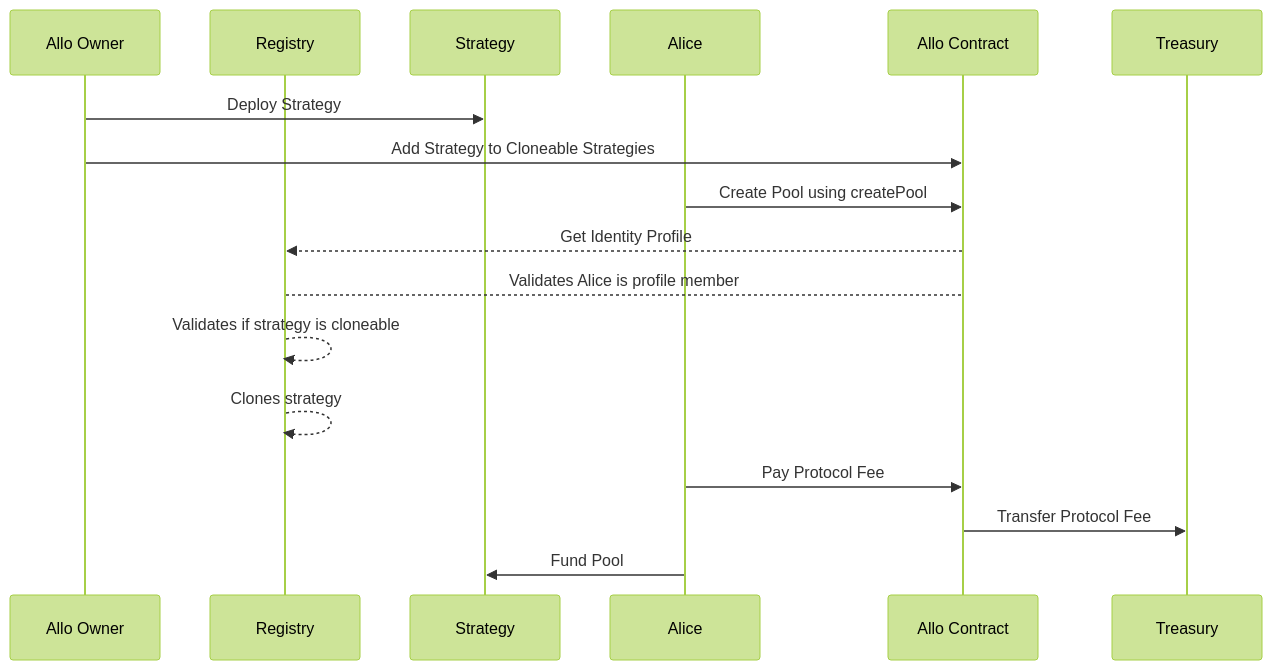
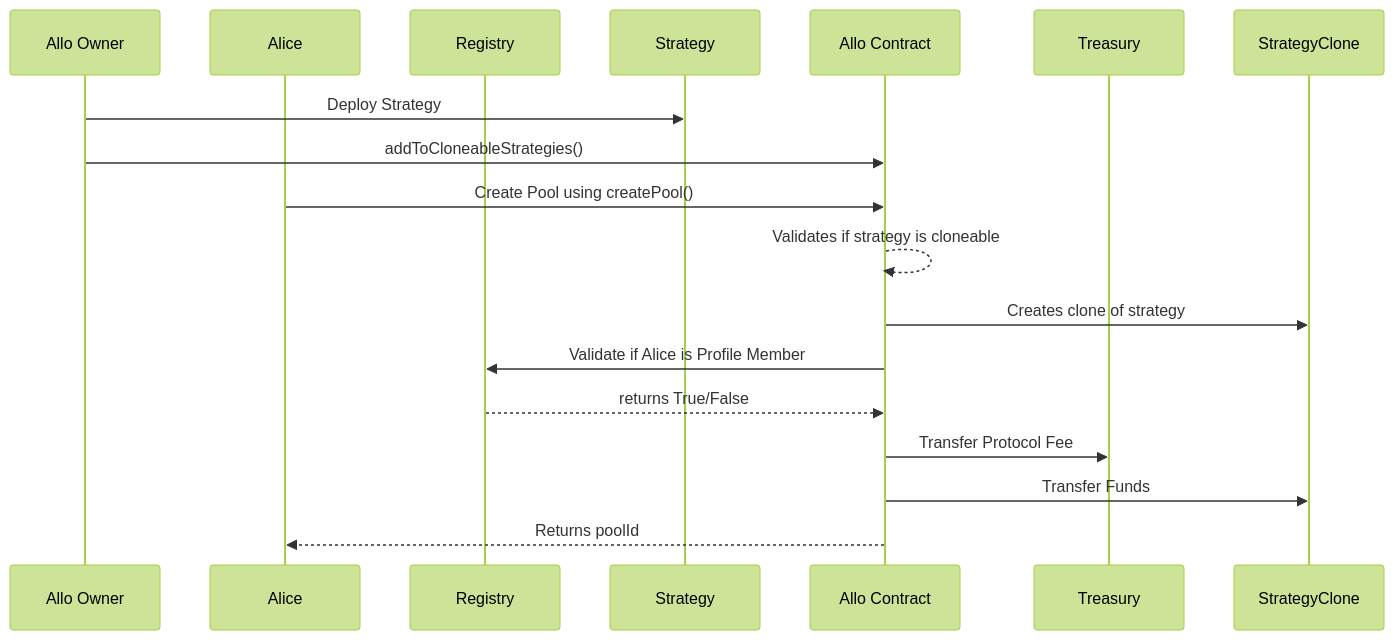
Before and after one commit to allo-protocol/allo-v2: the first of 8 diagrams in contracts/readme/Allo.md, drawn with Mermaid (forest theme). The commit also changed other lines of this file, not shown here.

````diff
--- a/contracts/readme/Allo.md
+++ b/contracts/readme/Allo.md
@@ -146,20 +146,21 @@
 ```mermaid
 sequenceDiagram
     participant AlloOwner as Allo Owner
+    participant Alice as Alice
     participant Registry as Registry
     participant Strategy as Strategy
-    participant Alice as Alice
     participant Allo as Allo Contract
     participant Treasury as Treasury
+    participant StrategyClone as StrategyClone
 
     AlloOwner->>Strategy: Deploy Strategy
-    AlloOwner->>Allo: Add Strategy to Cloneable Strategies
-    Alice->>Allo: Create Pool using createPool
-    Allo-->>Registry: Get Identity Profile
-    Registry-->Allo: Validates Alice is profile member
-    Registry-->>Registry: Validates if strategy is cloneable
-    Registry-->>Registry: Clones strategy
-    Alice->>Allo: Pay Protocol Fee
+    AlloOwner->>Allo: addToCloneableStrategies()
+    Alice->>Allo: Create Pool using createPool()
+    Allo-->>Allo: Validates if strategy is cloneable
+    Allo->>StrategyClone: Creates clone of strategy
+    Allo->>Registry: Validate if Alice is Profile Member
+    Registry-->>Allo: returns True/False
     Allo->>Treasury: Transfer Protocol Fee
-    Alice->>Strategy: Fund Pool
+    Allo->>StrategyClone: Transfer Funds
+    Allo-->>Alice: Returns poolId
 ```
````
